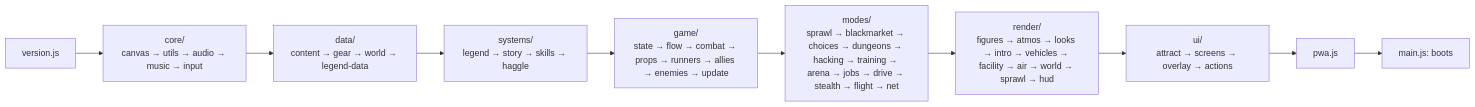
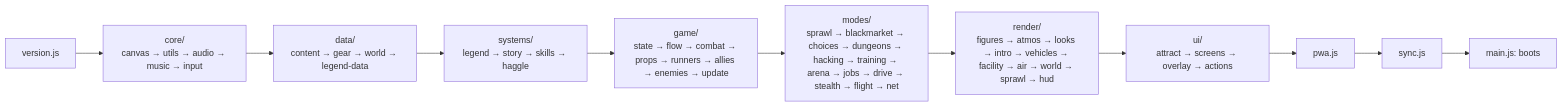
Before and after one commit to CptNope/Cyber-City-Tactics: the first of 3 diagrams in docs/wiki/Architecture.md, drawn with Mermaid. The commit also changed other lines of this file and 20 other files, not shown here.

````diff
--- a/docs/wiki/Architecture.md
+++ b/docs/wiki/Architecture.md
@@ -26,11 +26,11 @@
 ```mermaid
 flowchart LR
   V[version.js] --> CORE["core/<br/>canvas → utils → audio → music → input"]
   CORE --> DATA["data/<br/>content → gear → world → legend-data"]
   DATA --> SYS["systems/<br/>legend → story → skills → haggle"]
   SYS --> GAME["game/<br/>state → flow → combat → props → runners → allies → enemies → update"]
   GAME --> MODES["modes/<br/>sprawl → blackmarket → choices → dungeons → hacking → training → arena → jobs → drive → stealth → flight → net"]
   MODES --> REND["render/<br/>figures → atmos → looks → intro → vehicles → facility → air → world → sprawl → hud"]
   REND --> UI["ui/<br/>attract → screens → overlay → actions"]
-  UI --> PWA[pwa.js] --> MAIN[main.js: boots]
+  UI --> PWA[pwa.js] --> SYNC[sync.js] --> MAIN[main.js: boots]
 ```
````
